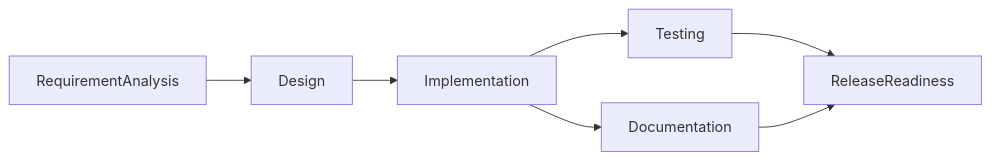
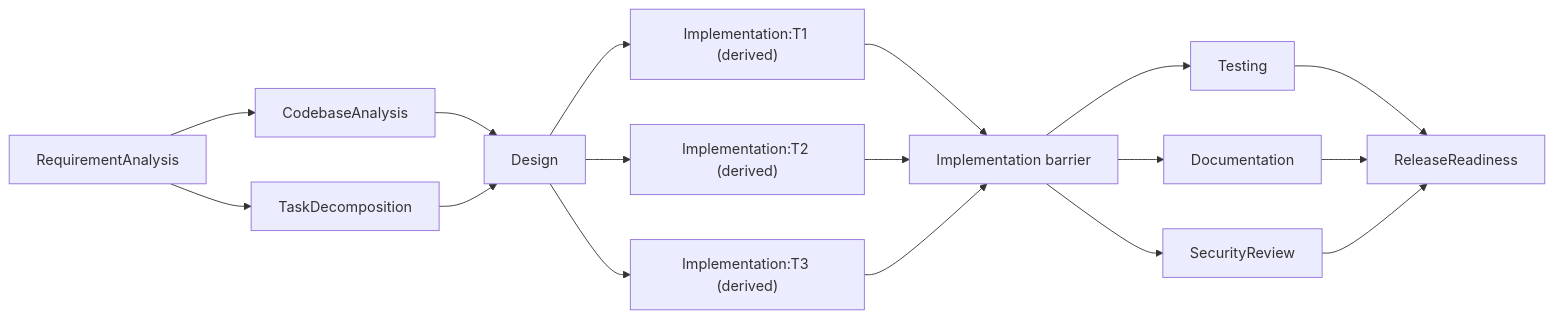
Before and after one commit to Venkatesh-learnings/GenAICloudMigration: the first of 2 diagrams in docs/architecture.md, drawn with Mermaid. The commit also changed other lines of this file and 32 other files, not shown here.

````diff
--- a/docs/architecture.md
+++ b/docs/architecture.md
@@ -37,9 +39,19 @@
 ```mermaid
 graph LR
-    RA[RequirementAnalysis] --> D[Design]
-    D --> I[Implementation]
+    RA[RequirementAnalysis] --> CA[CodebaseAnalysis]
+    RA --> TD[TaskDecomposition]
+    CA --> D[Design]
+    TD --> D
+    D --> IT1["Implementation:T1 (derived)"]
+    D --> IT2["Implementation:T2 (derived)"]
+    D --> IT3["Implementation:T3 (derived)"]
+    IT1 --> I[Implementation barrier]
+    IT2 --> I
+    IT3 --> I
     I --> T[Testing]
     I --> DOC[Documentation]
+    I --> SR[SecurityReview]
     T --> RR[ReleaseReadiness]
     DOC --> RR
+    SR --> RR
 ```
````
